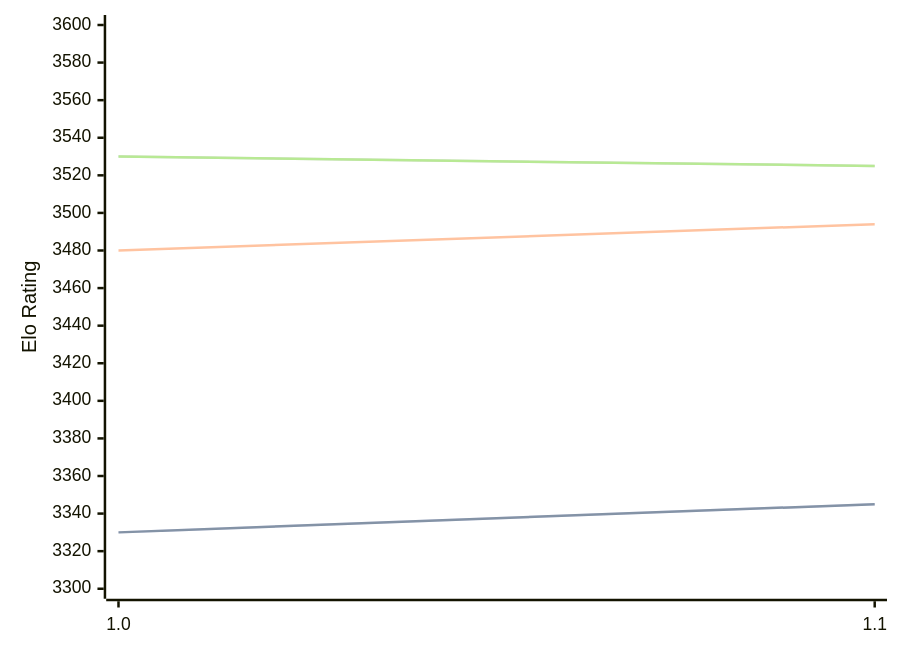
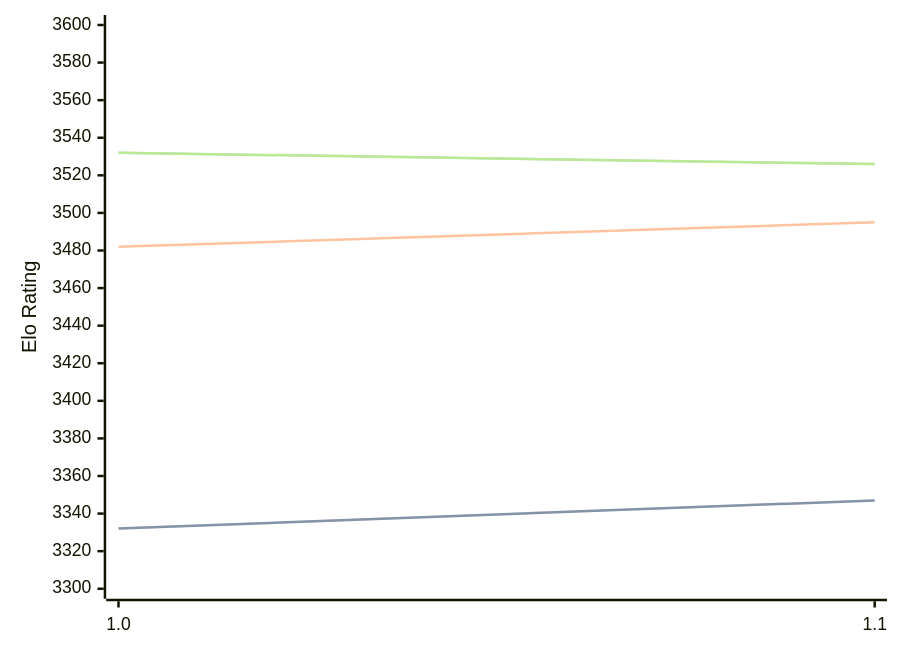
The diagram in engines/Horsie.md (computer-chess-index/cci), drawn with Mermaid before and after one commit. The commit also changed other lines of this file, not shown here.

Commit message:
Update CCI Ratings (ELO VLTC) - 2026-08-21

````diff
--- a/engines/Horsie.md
+++ b/engines/Horsie.md
@@ -32,11 +32,11 @@
 ```mermaid
 %%{init: {"theme":"base","themeVariables":{"seriesColors:['#a3a3a3','#222221','#faa371']}}}%%
 xychart-beta
   x-axis ["1.0", "1.1"]
   y-axis "Elo Rating" 3300 --> 3600
-  line "STC (8.0+0.08s)" [3330, 3345]
-  line "STC (8.0+0.08s)" [3330, 3345]
-  line "LTC (60.0+0.60s)" [3480, 3494]
-  line "VLTC (2m24s+1.12s)" [3530, 3525]
-  line "VLTC (2m24s+1.12s)" [3530, 3525]
+  line "STC (8.0+0.08s)" [3332, 3347]
+  line "STC (8.0+0.08s)" [3332, 3347]
+  line "LTC (60.0+0.60s)" [3482, 3495]
+  line "VLTC (2m24s+1.12s)" [3532, 3526]
+  line "VLTC (2m24s+1.12s)" [3532, 3526]
 ```
````
